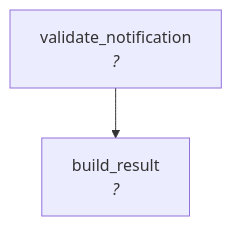
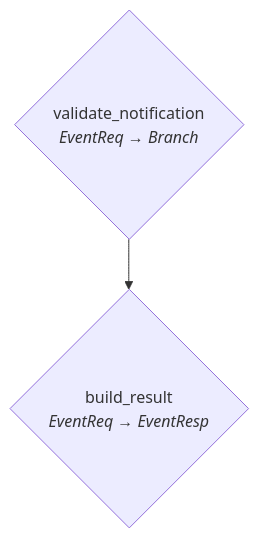
One commit to ValeriaVG/jigs changed the diagram in examples/events/map.md. Above: the diagram before and after it, drawn with Mermaid. The commit also changed 31 other files, not shown here.

````diff
--- a/examples/events/map.md
+++ b/examples/events/map.md
@@ -3,9 +3,9 @@
 ```mermaid
 flowchart TD
-  validate_notification["validate_notification<br/><i>?</i>"]
-  build_result["build_result<br/><i>?</i>"]
+  validate_notification{"validate_notification<br/><i>EventReq → Branch<EventReq,EventResp></i>"}
+  build_result{"build_result<br/><i>EventReq → EventResp</i>"}
 
 validate_notification --> build_result
 
   %% shape legend: rect = Request → Request, rhombus = switching (Request → Response/Branch), stadium = Response → Response
 ```
````
